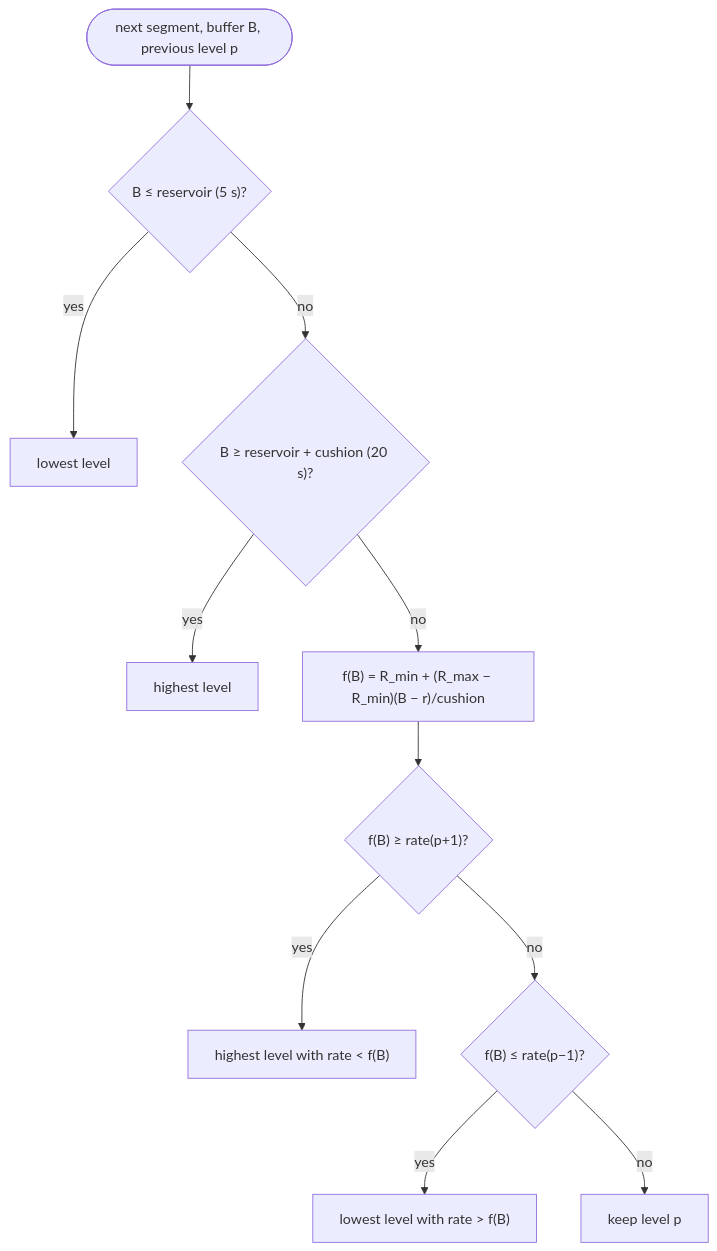
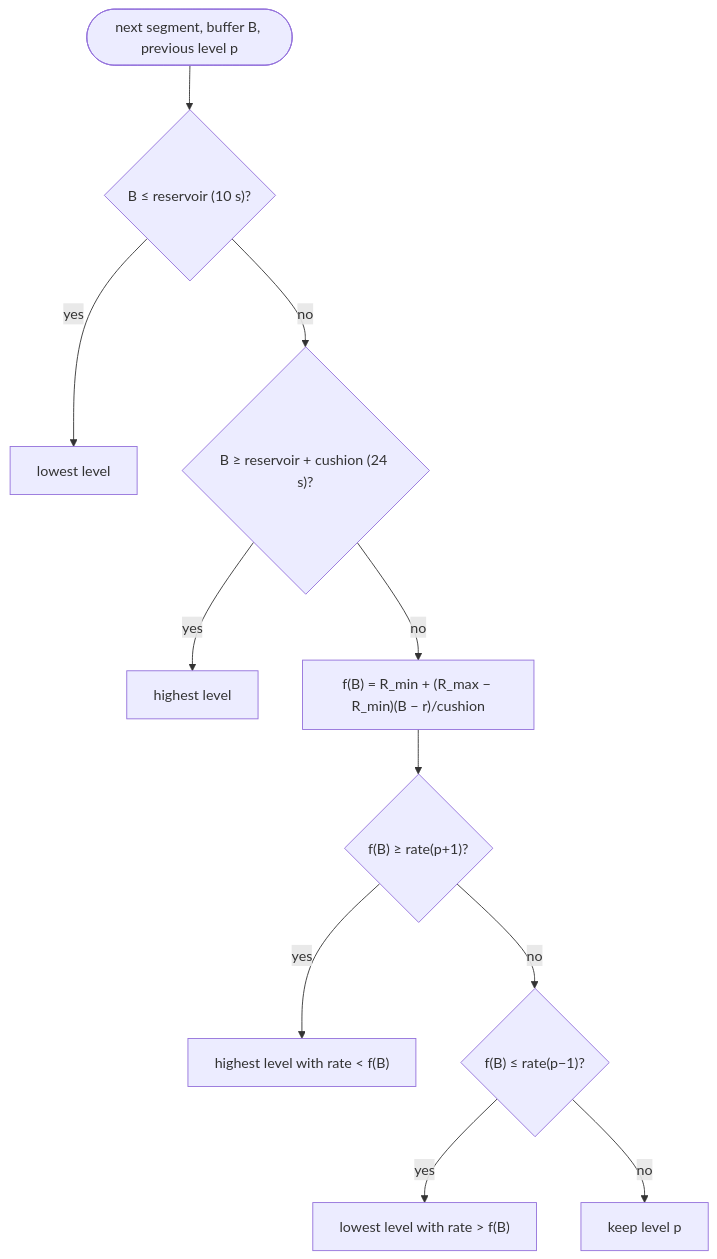
Before and after one commit to smiling689/StreamWise: the fifth of 5 diagrams in docs/design.md, drawn with Mermaid. The commit also changed other lines of this file and 4 other files, not shown here.

````diff
--- a/docs/design.md
+++ b/docs/design.md
@@ -292,13 +299,13 @@
 ```mermaid
 flowchart TB
-    A([next segment, buffer B, previous level p]) --> B{"B ≤ reservoir (5 s)?"}
+    A([next segment, buffer B, previous level p]) --> B{"B ≤ reservoir (10 s)?"}
     B -- yes --> L0["lowest level"]
-    B -- no --> C{"B ≥ reservoir + cushion (20 s)?"}
+    B -- no --> C{"B ≥ reservoir + cushion (24 s)?"}
     C -- yes --> LM["highest level"]
     C -- no --> F["f(B) = R_min + (R_max − R_min)(B − r)/cushion"]
     F --> G{"f(B) ≥ rate(p+1)?"}
     G -- yes --> UP["highest level with rate < f(B)"]
     G -- no --> H{"f(B) ≤ rate(p−1)?"}
     H -- yes --> DOWN["lowest level with rate > f(B)"]
     H -- no --> KEEP["keep level p"]
 ```
````
